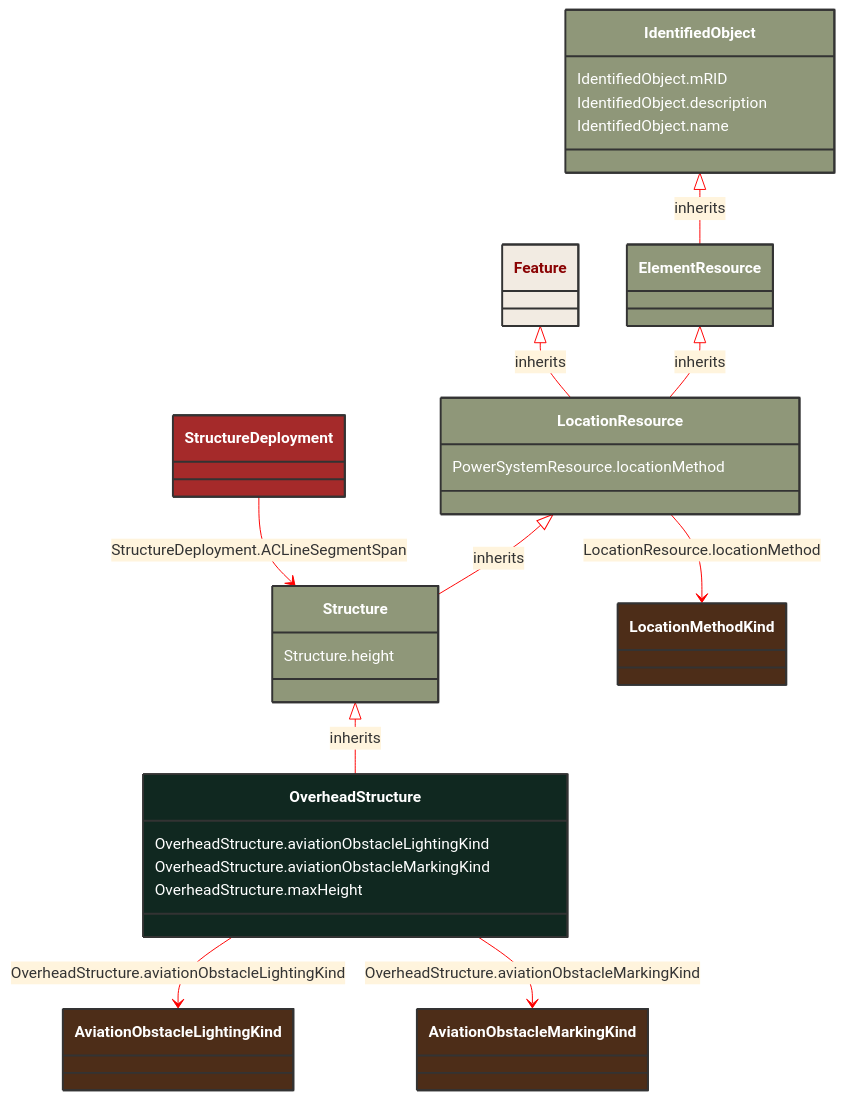
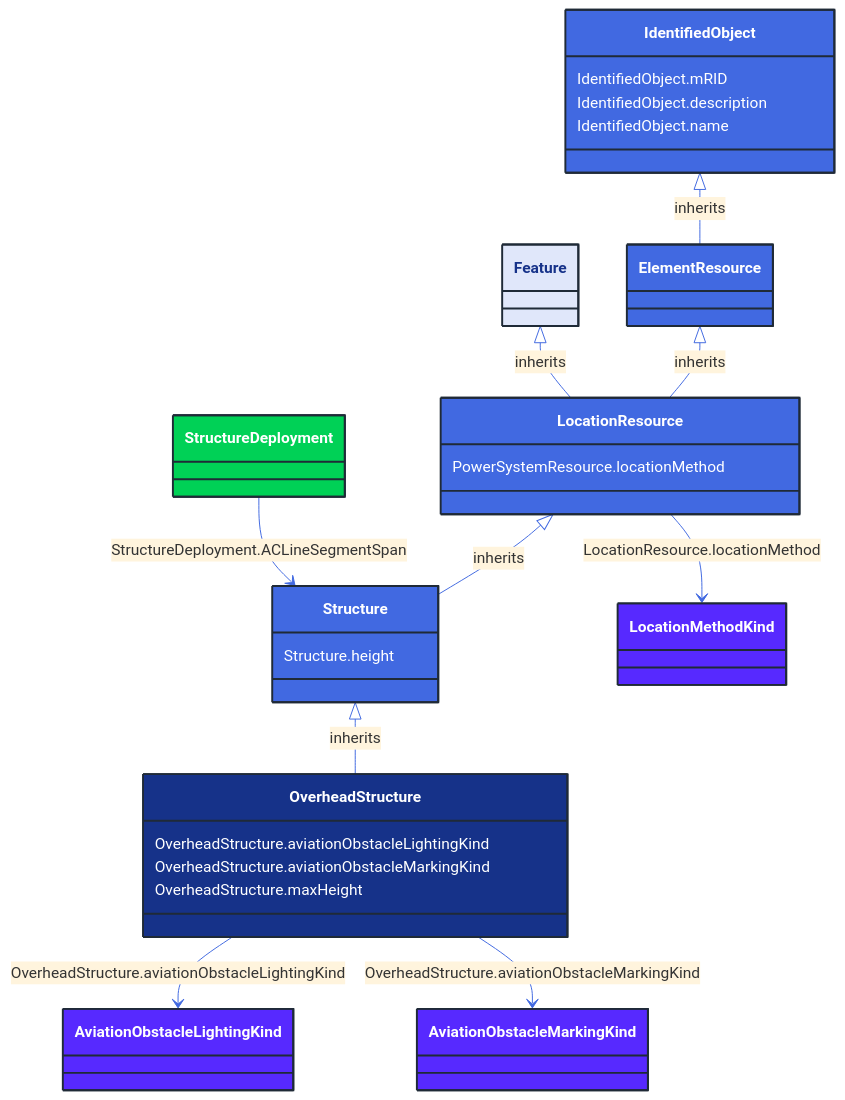
Before and after one commit to 3lbits/NoCIMExtensions: the diagram in docs/Models/Profiles/AviationObstacle/ConcreteClasses/OverheadStructure.md, drawn with Mermaid. The commit also changed 362 other files, not shown here.

First line of the commit message:
Update diagrams and styles for improved visual consistency

````diff
--- a/docs/Models/Profiles/AviationObstacle/ConcreteClasses/OverheadStructure.md
+++ b/docs/Models/Profiles/AviationObstacle/ConcreteClasses/OverheadStructure.md
@@ -8,59 +8,59 @@
 ```mermaid
-%%{init: {'theme':'base','themeVariables': {'lineColor': '#FF0000'}}}%%
+%%{init: {'theme':'base','themeVariables': {'lineColor': '#4169E1'}}}%%
 classDiagram
     class OverheadStructure
     click OverheadStructure href "/Models/Profiles/AviationObstacle/ConcreteClasses/OverheadStructure/"
-    style OverheadStructure fill:#102820,stroke:#333,stroke-width:2px,rx:10,ry:10,color:white
+    style OverheadStructure fill:#163289,stroke:#1F2A37,stroke-width:2px,rx:10,ry:10,color:white
      
         Structure <|-- OverheadStructure : inherits
             click Structure href "/Models/Profiles/AviationObstacle/AbstractClasses/Structure/"
-            style Structure fill:#8F9779,stroke:#333,stroke-width:2px,rx:10,ry:10,color:white
+            style Structure fill:#4169E1,stroke:#1F2A37,stroke-width:2px,rx:10,ry:10,color:white
      
         LocationResource <|-- Structure : inherits
             click LocationResource href "/Models/Profiles/AviationObstacle/AbstractClasses/LocationResource/"
-            style LocationResource fill:#8F9779,stroke:#333,stroke-width:2px,rx:10,ry:10,color:white
+            style LocationResource fill:#4169E1,stroke:#1F2A37,stroke-width:2px,rx:10,ry:10,color:white
      
         ElementResource <|-- LocationResource : inherits
             click ElementResource href "/Models/Profiles/AviationObstacle/AbstractClasses/ElementResource/"
-            style ElementResource fill:#8F9779,stroke:#333,stroke-width:2px,rx:10,ry:10,color:white
+            style ElementResource fill:#4169E1,stroke:#1F2A37,stroke-width:2px,rx:10,ry:10,color:white
      
         IdentifiedObject <|-- ElementResource : inherits
             click IdentifiedObject href "/Models/Profiles/AviationObstacle/AbstractClasses/IdentifiedObject/"
-            style IdentifiedObject fill:#8F9779,stroke:#333,stroke-width:2px,rx:10,ry:10,color:white
+            style IdentifiedObject fill:#4169E1,stroke:#1F2A37,stroke-width:2px,rx:10,ry:10,color:white
 
         Feature <|-- LocationResource : inherits
             click Feature href "/Models/Profiles/AviationObstacle/AbstractClasses/Feature/"
-            style Feature fill:#F2EBE2,stroke:#333,stroke-width:2px,rx:10,ry:10,color:#8A0303
+            style Feature fill:#E0E7FA,stroke:#1F2A37,stroke-width:2px,rx:10,ry:10,color:#163289
 
 
         StructureDeployment --> Structure : StructureDeployment.ACLineSegmentSpan
 
         StructureDeployment
             click StructureDeployment href "/Models/Profiles/AviationObstacle/ConcreteClasses/StructureDeployment/"
-            style StructureDeployment fill:#A52A2A,stroke:#333,stroke-width:2px,rx:10,ry:10,color:white
+            style StructureDeployment fill:#00D156,stroke:#1F2A37,stroke-width:2px,rx:10,ry:10,color:white
 
         OverheadStructure --> AviationObstacleLightingKind : OverheadStructure.aviationObstacleLightingKind
 
         AviationObstacleLightingKind
             click AviationObstacleLightingKind href "/Models/Profiles/AviationObstacle/Enumerations/AviationObstacleLightingKind/"
-            style AviationObstacleLightingKind fill:#4D2D18,stroke:#333,stroke-width:2px,rx:10,ry:10,color:white
+            style AviationObstacleLightingKind fill:#5729FF,stroke:#1F2A37,stroke-width:2px,rx:10,ry:10,color:white
         OverheadStructure --> AviationObstacleMarkingKind : OverheadStructure.aviationObstacleMarkingKind
 
         AviationObstacleMarkingKind
             click AviationObstacleMarkingKind href "/Models/Profiles/AviationObstacle/Enumerations/AviationObstacleMarkingKind/"
-            style AviationObstacleMarkingKind fill:#4D2D18,stroke:#333,stroke-width:2px,rx:10,ry:10,color:white
+            style AviationObstacleMarkingKind fill:#5729FF,stroke:#1F2A37,stroke-width:2px,rx:10,ry:10,color:white
         LocationResource --> LocationMethodKind : LocationResource.locationMethod
 
         LocationMethodKind
             click LocationMethodKind href "/Models/Profiles/AviationObstacle/Enumerations/LocationMethodKind/"
-            style LocationMethodKind fill:#4D2D18,stroke:#333,stroke-width:2px,rx:10,ry:10,color:white
+            style LocationMethodKind fill:#5729FF,stroke:#1F2A37,stroke-width:2px,rx:10,ry:10,color:white
 
         OverheadStructure : OverheadStructure.aviationObstacleLightingKind
         OverheadStructure : OverheadStructure.aviationObstacleMarkingKind
         OverheadStructure : OverheadStructure.maxHeight
         Structure : Structure.height
         LocationResource : PowerSystemResource.locationMethod
         IdentifiedObject : IdentifiedObject.mRID
         IdentifiedObject : IdentifiedObject.description
         IdentifiedObject : IdentifiedObject.name
 ```
````
